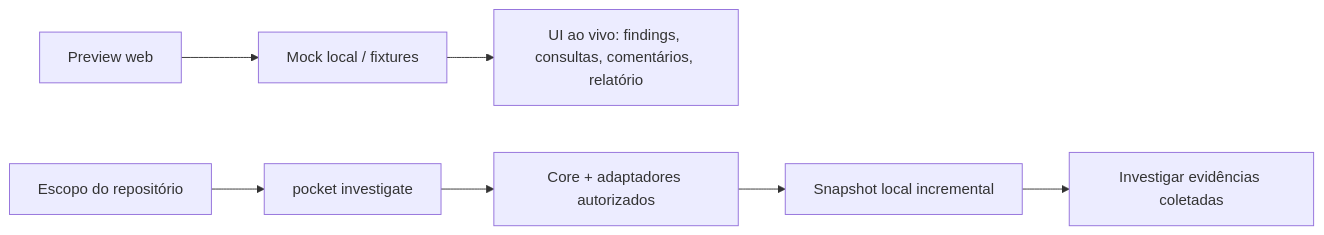
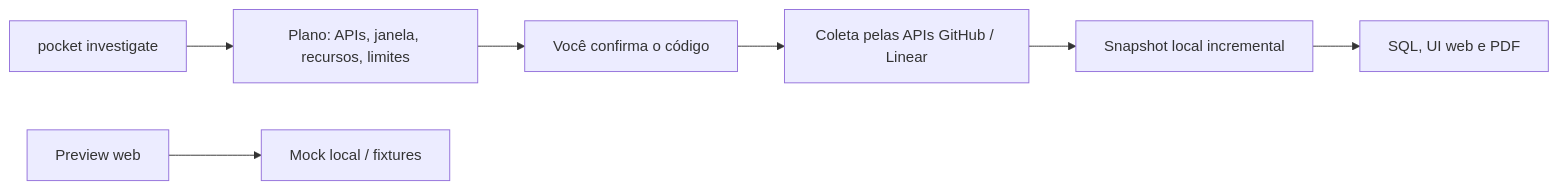
Before and after one commit to irinery/PocketCli: the diagram in docs/investigation/usage.md, drawn with Mermaid. The commit also changed other lines of this file and 9 other files, not shown here.

````diff
--- a/docs/investigation/usage.md
+++ b/docs/investigation/usage.md
@@ -12,9 +13,9 @@
 ```mermaid
 flowchart LR
-    A[Preview web] --> B[Mock local / fixtures]
-    B --> C[UI ao vivo: findings, consultas, comentários, relatório]
-    D[Escopo do repositório] --> E[pocket investigate]
-    E --> F[Core + adaptadores autorizados]
-    F --> G[Snapshot local incremental]
-    G --> H[Investigar evidências coletadas]
+    A[pocket investigate] --> B[Plano: APIs, janela, recursos, limites]
+    B --> C[Você confirma o código]
+    C --> D[Coleta pelas APIs GitHub / Linear]
+    D --> E[Snapshot local incremental]
+    E --> F[SQL, UI web e PDF]
+    G[Preview web] --> H[Mock local / fixtures]
 ```
````
